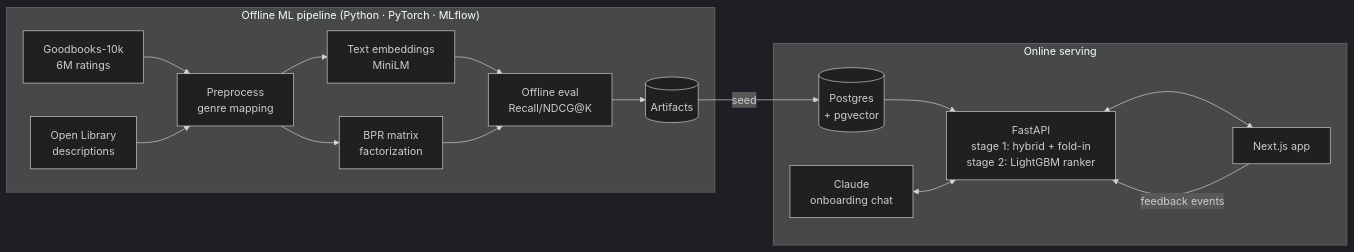
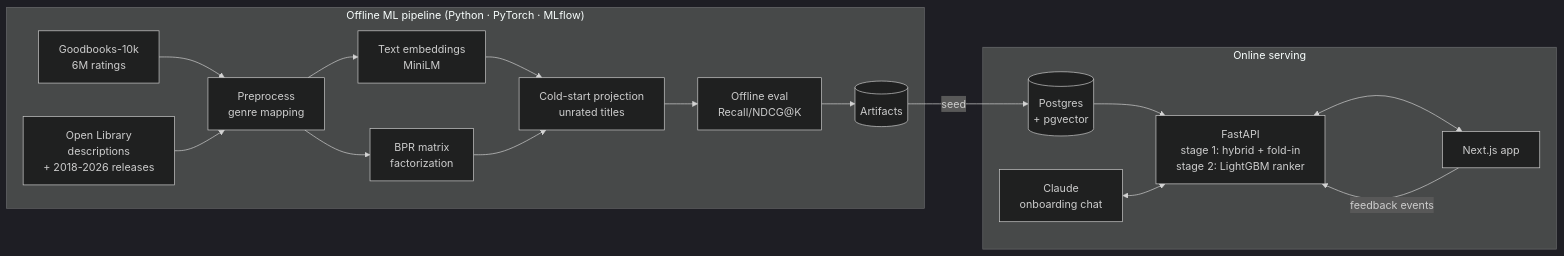
Before and after one commit to basharfkhan/alexandria: the diagram in README.md, drawn with Mermaid (dark theme). The commit also changed other lines of this file, not shown here.

````diff
--- a/README.md
+++ b/README.md
@@ -27,18 +29,19 @@
 ```mermaid
 flowchart LR
     subgraph Offline["Offline ML pipeline (Python · PyTorch · MLflow)"]
         D[Goodbooks-10k<br/>6M ratings] --> P[Preprocess<br/>genre mapping]
-        OL[Open Library<br/>descriptions] --> P
+        OL[Open Library<br/>descriptions<br/>+ 2018-2026 releases] --> P
         P --> E[Text embeddings<br/>MiniLM]
         P --> B[BPR matrix<br/>factorization]
-        E & B --> EV[Offline eval<br/>Recall/NDCG@K]
+        E & B --> CS[Cold-start projection<br/>unrated titles]
+        CS --> EV[Offline eval<br/>Recall/NDCG@K]
         EV --> A[(Artifacts)]
     end
     A -- seed --> DB[(Postgres<br/>+ pgvector)]
     subgraph Online["Online serving"]
         DB --> API[FastAPI<br/>stage 1: hybrid + fold-in<br/>stage 2: LightGBM ranker]
         LLM[Claude<br/>onboarding chat] <--> API
         API <--> WEB[Next.js app]
     end
     WEB -- feedback events --> API
 ```
````
